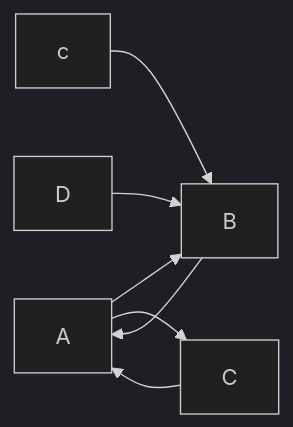
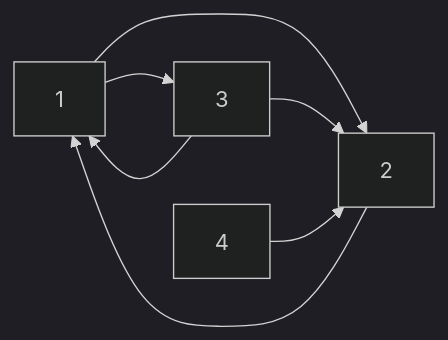
The third of 3 diagrams in seconde/Web/Moteurs_de_recherche.md (boddaert/snt), drawn with Mermaid (dark theme) before and after one commit. The commit also changed other lines of this file and 2 other files, not shown here.

````diff
--- a/seconde/Web/Moteurs_de_recherche.md
+++ b/seconde/Web/Moteurs_de_recherche.md
@@ -81,9 +83,9 @@
 ```mermaid
   graph LR;
-      A-->B;
-      B-->A;
-      A-->C;
-      C-->A;
-      c-->B;
-      D-->B;
+      1-->2;
+      2-->1;
+      1-->3;
+      3-->1;
+      3-->2;
+      4-->2;
 ```
````
